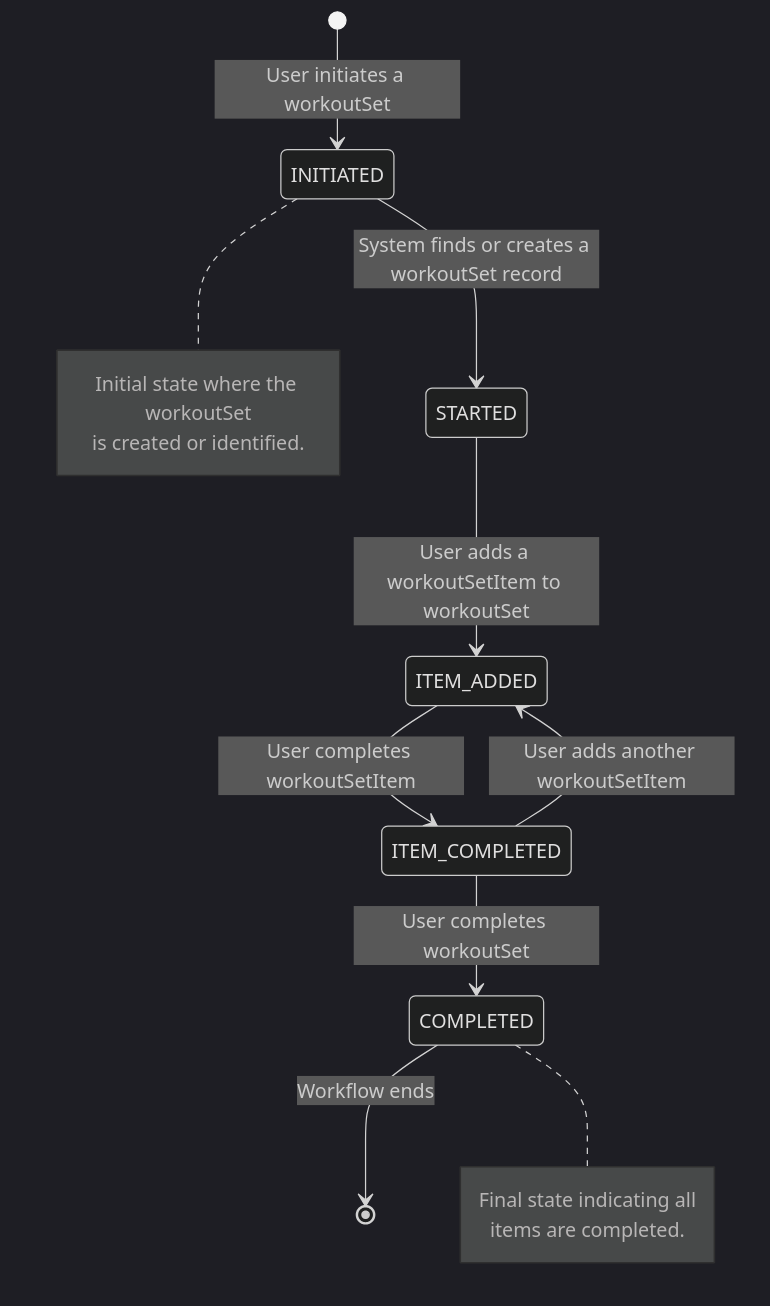
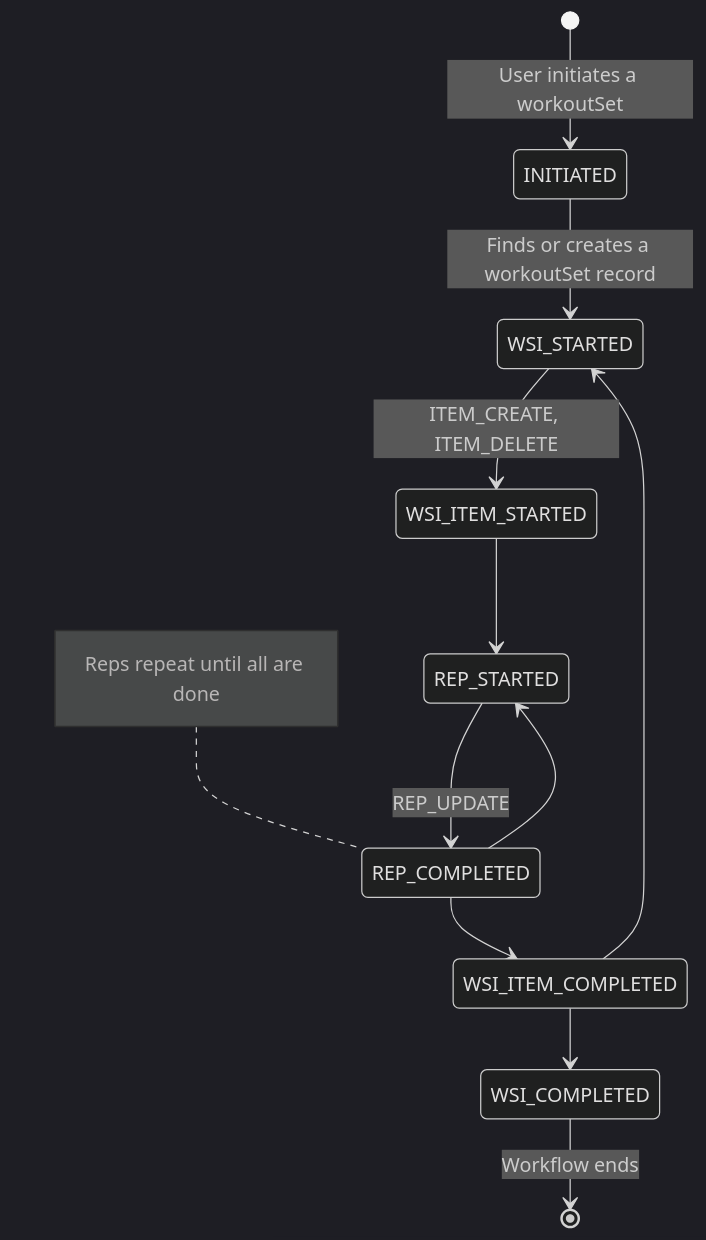
One commit to Krebnarb/fitgpt changed the seventh of 8 diagrams in README.md. Above: the diagram before and after it, drawn with Mermaid (dark theme). The commit also changed other lines of this file, not shown here.

Commit message:
feat: adds state machine definition and data model

````diff
--- a/README.md
+++ b/README.md
@@ -267,24 +255,21 @@
 ```mermaid
 stateDiagram-v2
     [*] --> INITIATED: User initiates a workoutSet
 
-    INITIATED --> STARTED: System finds or creates a workoutSet record
-    STARTED --> ITEM_ADDED: User adds a workoutSetItem to workoutSet
-    ITEM_ADDED --> ITEM_COMPLETED: User completes workoutSetItem
-    ITEM_COMPLETED --> ITEM_ADDED: User adds another workoutSetItem
-    ITEM_COMPLETED --> COMPLETED: User completes workoutSet
+    INITIATED --> WSI_STARTED:  Finds or creates a workoutSet record
+    WSI_STARTED --> WSI_ITEM_STARTED: ITEM_CREATE, ITEM_DELETE
+    WSI_ITEM_STARTED --> REP_STARTED
+    REP_STARTED --> REP_COMPLETED: REP_UPDATE
+    REP_COMPLETED --> REP_STARTED
+    REP_COMPLETED --> WSI_ITEM_COMPLETED
+    WSI_ITEM_COMPLETED --> WSI_STARTED
+    WSI_ITEM_COMPLETED --> WSI_COMPLETED
+    
+    
+    WSI_COMPLETED --> [*]: Workflow ends
 
-    COMPLETED --> [*]: Workflow ends
-
-    %% Additional Notes
-    note right of INITIATED
-      Initial state where the workoutSet
-      is created or identified.
-    end note
-
-    note right of COMPLETED
-      Final state indicating all
-      items are completed.
+    note left of REP_COMPLETED
+        Reps repeat until all are done
     end note
     
 ```
````
